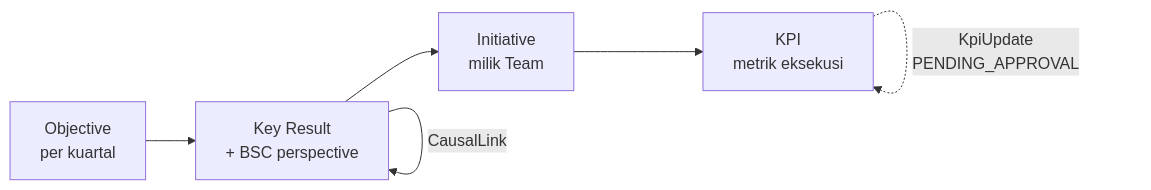
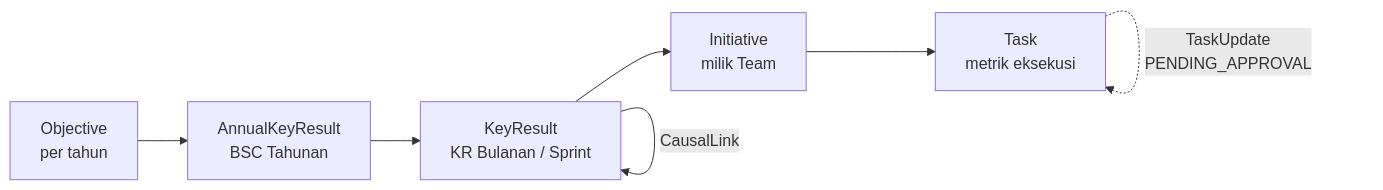
Before and after one commit to RasyidJuliansyah/okr-dashboard: the first of 2 diagrams in docs/ERD.md, drawn with Mermaid. The commit also changed other lines of this file and 36 other files, not shown here.

````diff
--- a/docs/ERD.md
+++ b/docs/ERD.md
@@ -8,9 +8,10 @@
 ```mermaid
 flowchart LR
-    O[Objective<br/>per kuartal] --> KR[Key Result<br/>+ BSC perspective]
+    O[Objective<br/>per tahun] --> AKR[AnnualKeyResult<br/>BSC Tahunan]
+    AKR --> KR[KeyResult<br/>KR Bulanan / Sprint]
     KR --> I[Initiative<br/>milik Team]
-    I --> K[KPI<br/>metrik eksekusi]
-    K -. KpiUpdate<br/>PENDING_APPROVAL .-> K
+    I --> T[Task<br/>metrik eksekusi]
+    T -. TaskUpdate<br/>PENDING_APPROVAL .-> T
     KR -. KrUpdate .-> KR
     KR -- CausalLink --> KR
 ```
````
